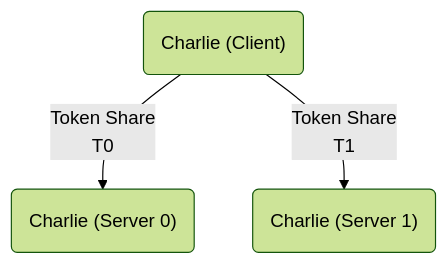
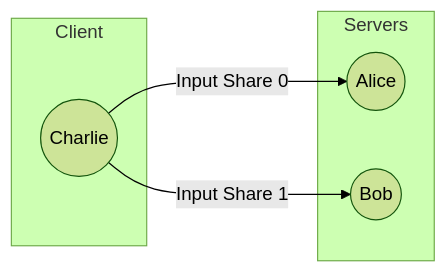
One commit to Blake-Haydon/Private-Multiparty-State-Machine changed the diagram in README.md. Above: the diagram before and after it, drawn with Mermaid (forest theme). The commit also changed other lines of this file, not shown here.

Commit message:
docs: update readme to more easily find analysis

````diff
--- a/README.md
+++ b/README.md
@@ -15,5 +15,12 @@
 ```mermaid
-flowchart TD
-    Charlie("Charlie (Client)") -- Token Share \n T0 --> Alice("Charlie (Server 0)")
-    Charlie -- Token Share \n T1 --> Bob("Charlie (Server 1)")
+flowchart LR
+  subgraph Client
+   Charlie((Charlie))
+  end
+  subgraph Servers
+   Alice((Alice))
+   Bob((Bob))
+  end
+  Charlie -- Input Share 0 --> Alice
+  Charlie -- Input Share 1 --> Bob
 ```
````
